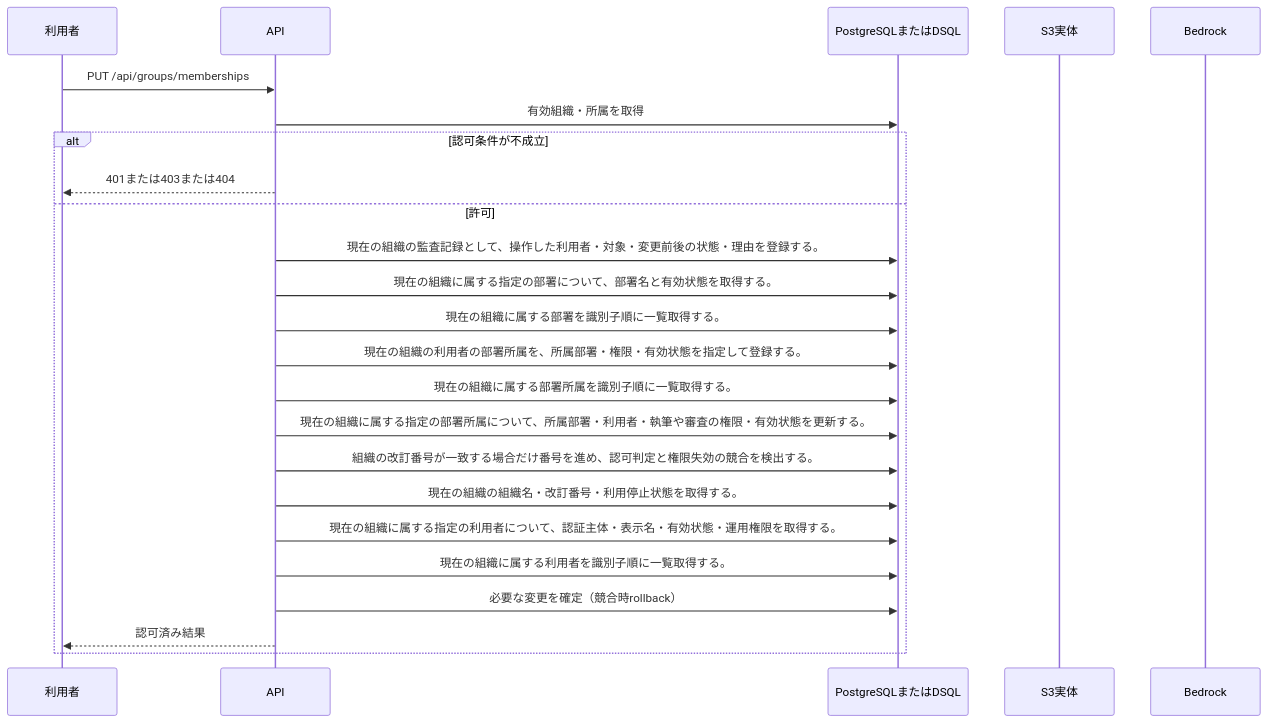
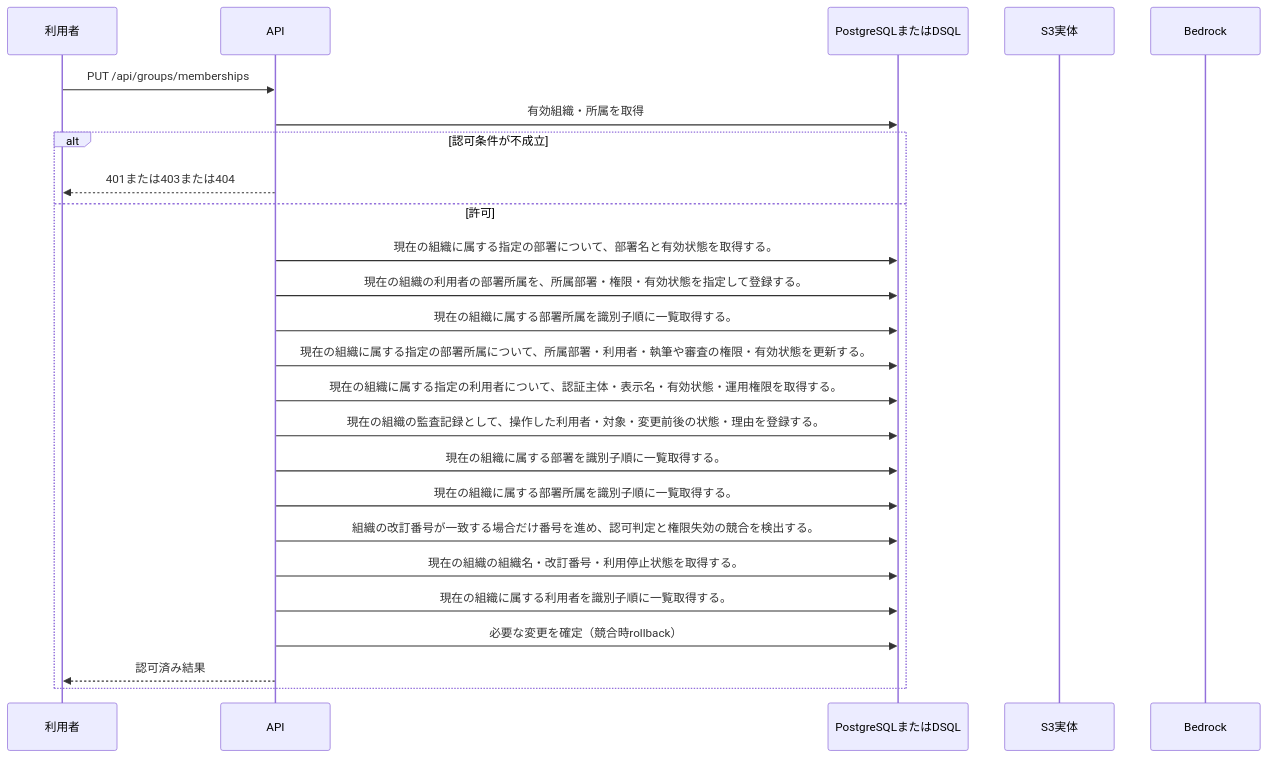
The diagram in docs/design/generated/api/groups/change_membership/sequence.md (tsuji-tomonori/KotoRelay), drawn with Mermaid before and after one commit. The commit also changed other lines of this file and 628 other files, not shown here.

````diff
--- a/docs/design/generated/api/groups/change_membership/sequence.md
+++ b/docs/design/generated/api/groups/change_membership/sequence.md
@@ -7,26 +7,27 @@
 ```mermaid
 sequenceDiagram
     participant U as 利用者
     participant A as API
     participant D as PostgreSQLまたはDSQL
     participant S as S3実体
     participant M as Bedrock
     U->>A: PUT /api/groups/memberships
     A->>D: 有効組織・所属を取得
     alt 認可条件が不成立
         A-->>U: 401または403または404
     else 許可
-        A->>D: 現在の組織の監査記録として、操作した利用者・対象・変更前後の状態・理由を登録する。
         A->>D: 現在の組織に属する指定の部署について、部署名と有効状態を取得する。
-        A->>D: 現在の組織に属する部署を識別子順に一覧取得する。
         A->>D: 現在の組織の利用者の部署所属を、所属部署・権限・有効状態を指定して登録する。
         A->>D: 現在の組織に属する部署所属を識別子順に一覧取得する。
         A->>D: 現在の組織に属する指定の部署所属について、所属部署・利用者・執筆や審査の権限・有効状態を更新する。
+        A->>D: 現在の組織に属する指定の利用者について、認証主体・表示名・有効状態・運用権限を取得する。
+        A->>D: 現在の組織の監査記録として、操作した利用者・対象・変更前後の状態・理由を登録する。
+        A->>D: 現在の組織に属する部署を識別子順に一覧取得する。
+        A->>D: 現在の組織に属する部署所属を識別子順に一覧取得する。
         A->>D: 組織の改訂番号が一致する場合だけ番号を進め、認可判定と権限失効の競合を検出する。
         A->>D: 現在の組織の組織名・改訂番号・利用停止状態を取得する。
-        A->>D: 現在の組織に属する指定の利用者について、認証主体・表示名・有効状態・運用権限を取得する。
         A->>D: 現在の組織に属する利用者を識別子順に一覧取得する。
         A->>D: 必要な変更を確定（競合時rollback）
         A-->>U: 認可済み結果
     end
 ```
````
